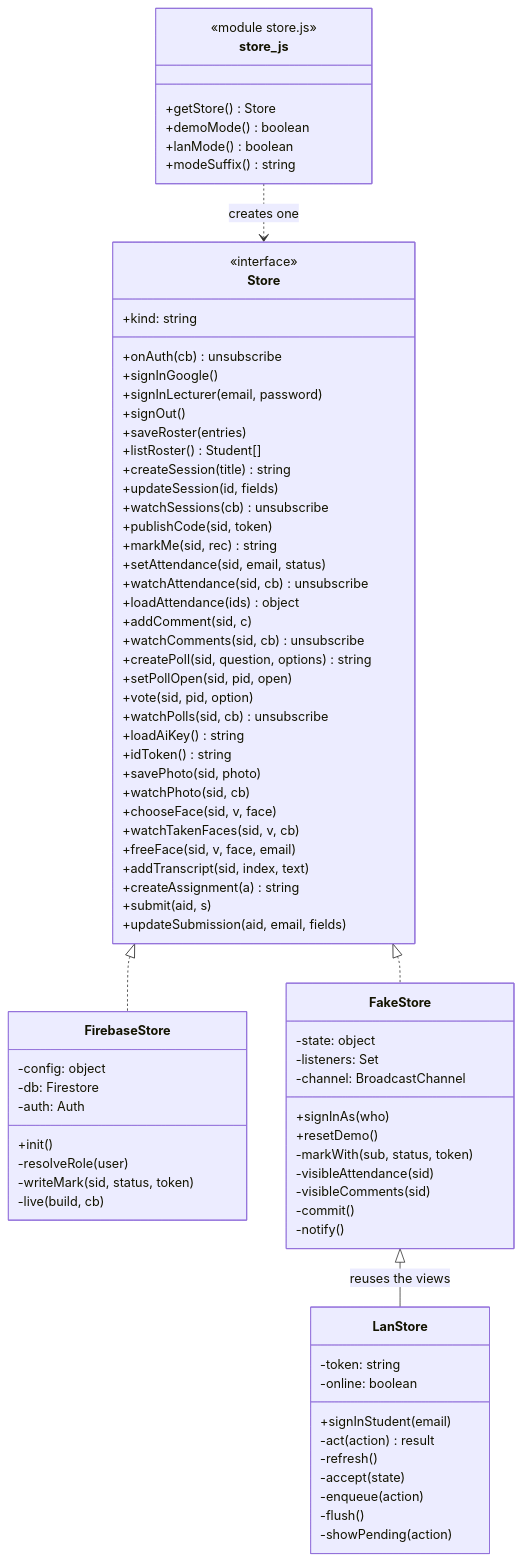
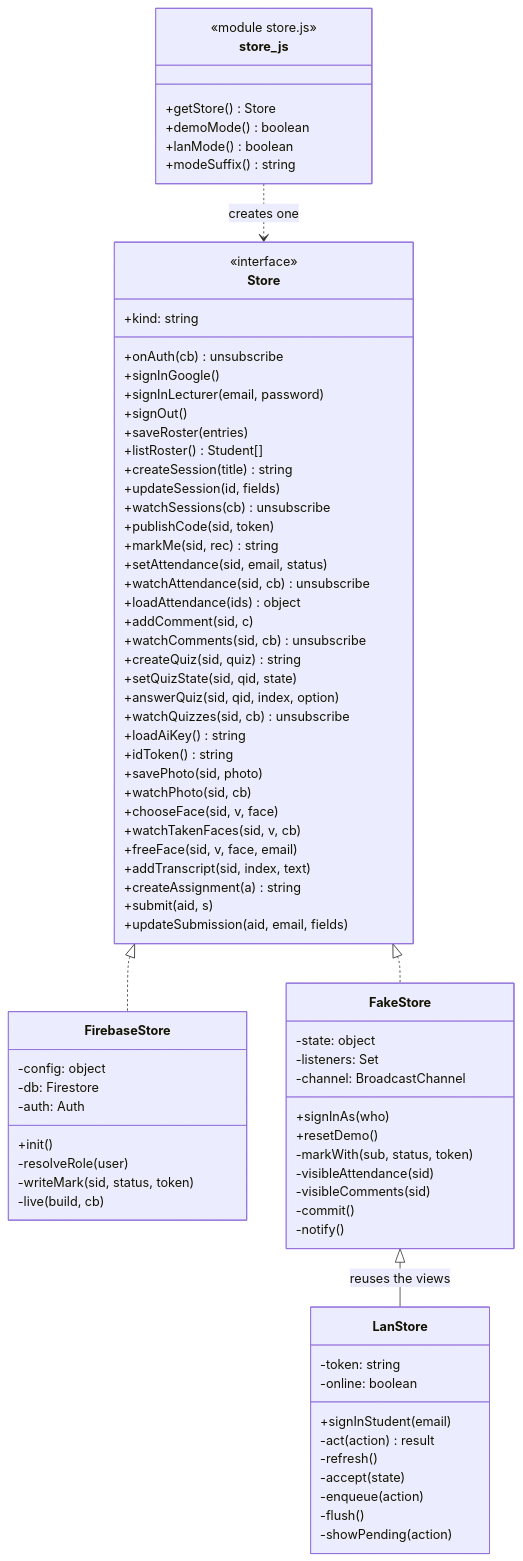
Before and after one commit to minion-dog/I2CS_Ex2-smart-class-demo: the second of 5 diagrams in docs/06_CLASS_DIAGRAMS.md, drawn with Mermaid. The commit also changed other lines of this file and 38 other files, not shown here.

First line of the commit message:
Polls and quizzes as one feature (correct answer and time optional)

````diff
--- a/docs/06_CLASS_DIAGRAMS.md
+++ b/docs/06_CLASS_DIAGRAMS.md
@@ -108,82 +108,82 @@
 ```mermaid
 classDiagram
     direction TB
     class Store {
         <<interface>>
         +kind: string
         +onAuth(cb) unsubscribe
         +signInGoogle()
         +signInLecturer(email, password)
         +signOut()
         +saveRoster(entries)
         +listRoster() Student[]
         +createSession(title) string
         +updateSession(id, fields)
         +watchSessions(cb) unsubscribe
         +publishCode(sid, token)
         +markMe(sid, rec) string
         +setAttendance(sid, email, status)
         +watchAttendance(sid, cb) unsubscribe
         +loadAttendance(ids) object
         +addComment(sid, c)
         +watchComments(sid, cb) unsubscribe
-        +createPoll(sid, question, options) string
-        +setPollOpen(sid, pid, open)
-        +vote(sid, pid, option)
-        +watchPolls(sid, cb) unsubscribe
+        +createQuiz(sid, quiz) string
+        +setQuizState(sid, qid, state)
+        +answerQuiz(sid, qid, index, option)
+        +watchQuizzes(sid, cb) unsubscribe
         +loadAiKey() string
         +idToken() string
         +savePhoto(sid, photo)
         +watchPhoto(sid, cb)
         +chooseFace(sid, v, face)
         +watchTakenFaces(sid, v, cb)
         +freeFace(sid, v, face, email)
         +addTranscript(sid, index, text)
         +createAssignment(a) string
         +submit(aid, s)
         +updateSubmission(aid, email, fields)
     }
     class FirebaseStore {
         -config: object
         -db: Firestore
         -auth: Auth
         +init()
         -resolveRole(user)
         -writeMark(sid, status, token)
         -live(build, cb)
     }
     class FakeStore {
         -state: object
         -listeners: Set
         -channel: BroadcastChannel
         +signInAs(who)
         +resetDemo()
         -markWith(sub, status, token)
         -visibleAttendance(sid)
         -visibleComments(sid)
         -commit()
         -notify()
     }
     class LanStore {
         -token: string
         -online: boolean
         +signInStudent(email)
         -act(action) result
         -refresh()
         -accept(state)
         -enqueue(action)
         -flush()
         -showPending(action)
     }
     class store_js {
         <<module store.js>>
         +getStore() Store
         +demoMode() boolean
         +lanMode() boolean
         +modeSuffix() string
     }
     Store <|.. FirebaseStore
     Store <|.. FakeStore
     FakeStore <|-- LanStore : reuses the views
     store_js ..> Store : creates one
 ```
````
